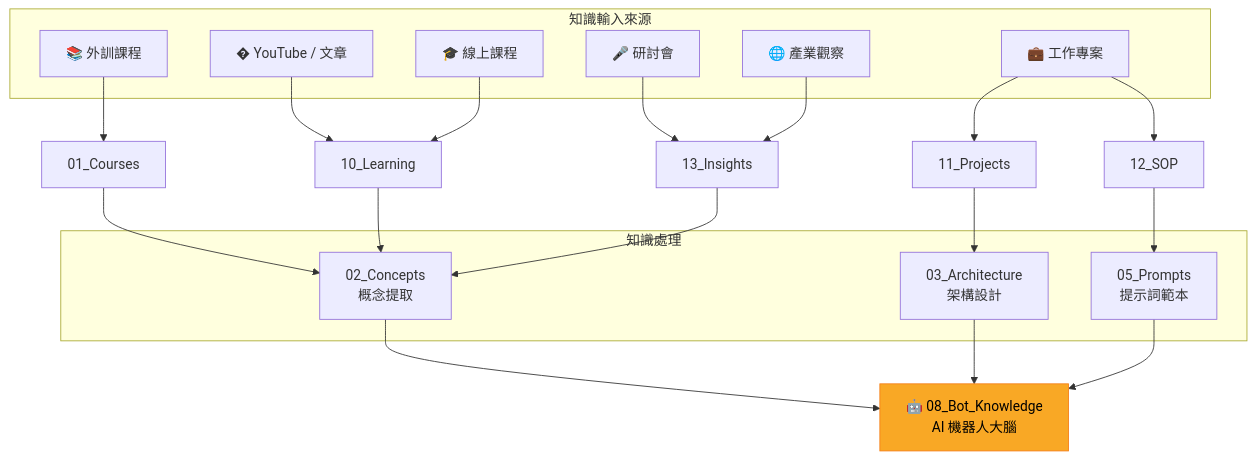
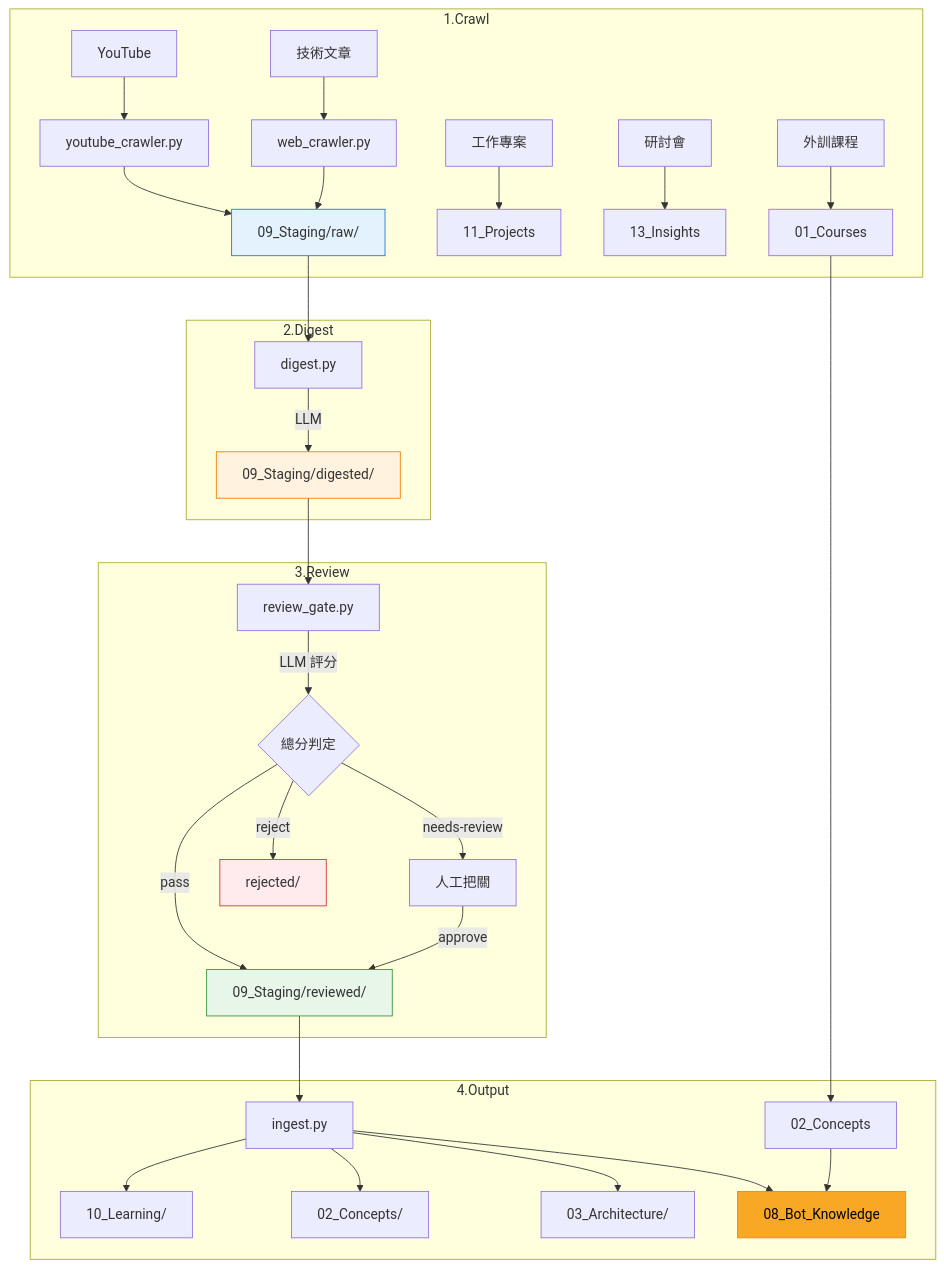
One commit to william0214/AI-Knowledge-Base changed the diagram in README.md. Above: the diagram before and after it, drawn with Mermaid. The commit also changed other lines of this file and 21 other files, not shown here.

```diff
--- a/README.md
+++ b/README.md
@@ -120,37 +12,42 @@
 :::mermaid
 graph TD
-    subgraph 知識輸入來源
-        S1[📚 外訓課程]
-        S2[� YouTube / 文章]
-        S3[🎓 線上課程]
-        S4[💼 工作專案]
-        S5[🎤 研討會]
-        S6[🌐 產業觀察]
+    subgraph "1.Crawl"
+        S1[外訓課程] --> C1[01_Courses]
+        S2[YouTube] --> YC[youtube_crawler.py]
+        S3[技術文章] --> WC[web_crawler.py]
+        S4[工作專案] --> C3[11_Projects]
+        S5[研討會] --> C5[13_Insights]
+        YC --> RAW[09_Staging/raw/]
+        WC --> RAW
     end
 
-    S1 --> C1[01_Courses]
-    S2 --> C2[10_Learning]
-    S3 --> C2
-    S4 --> C3[11_Projects]
-    S4 --> C4[12_SOP]
-    S5 --> C5[13_Insights]
-    S6 --> C5
-
-    subgraph 知識處理
-        P1[02_Concepts<br>概念提取]
-        P2[03_Architecture<br>架構設計]
-        P3[05_Prompts<br>提示詞範本]
+    subgraph "2.Digest"
+        RAW --> DG[digest.py]
+        DG -->|LLM| DIG[09_Staging/digested/]
     end
 
-    C1 --> P1
-    C2 --> P1
-    C3 --> P2
-    C4 --> P3
-    C5 --> P1
+    subgraph "3.Review"
+        DIG --> RG[review_gate.py]
+        RG -->|LLM 評分| SCORE{總分判定}
+        SCORE -->|pass| REV[09_Staging/reviewed/]
+        SCORE -->|needs-review| HUMAN[人工把關]
+        SCORE -->|reject| REJ[rejected/]
+        HUMAN -->|approve| REV
+    end
 
-    P1 --> BOT[🤖 08_Bot_Knowledge<br>AI 機器人大腦]
-    P2 --> BOT
-    P3 --> BOT
+    subgraph "4.Output"
+        REV --> ING[ingest.py]
+        C1 --> P1[02_Concepts]
+        ING --> YT[10_Learning/]
+        ING --> CON[02_Concepts/]
+        ING --> ARC[03_Architecture/]
+        ING --> BOT[08_Bot_Knowledge]
+        P1 --> BOT
+    end
 
+    style RAW fill:#e3f2fd,stroke:#1976d2
+    style DIG fill:#fff3e0,stroke:#f57c00
+    style REV fill:#e8f5e9,stroke:#388e3c
+    style REJ fill:#ffebee,stroke:#d32f2f
     style BOT fill:#f9a825,stroke:#f57f17,color:#000
 :::
```
